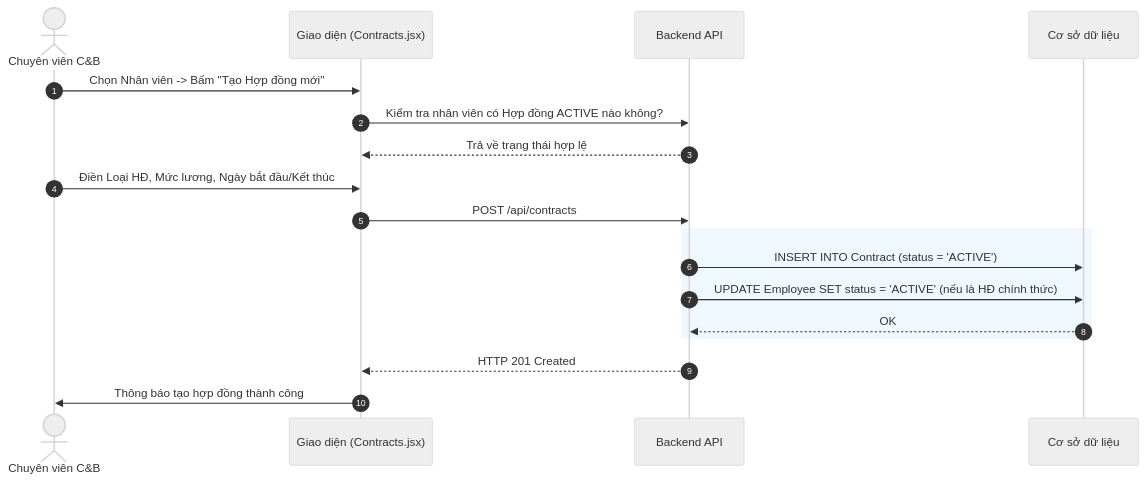
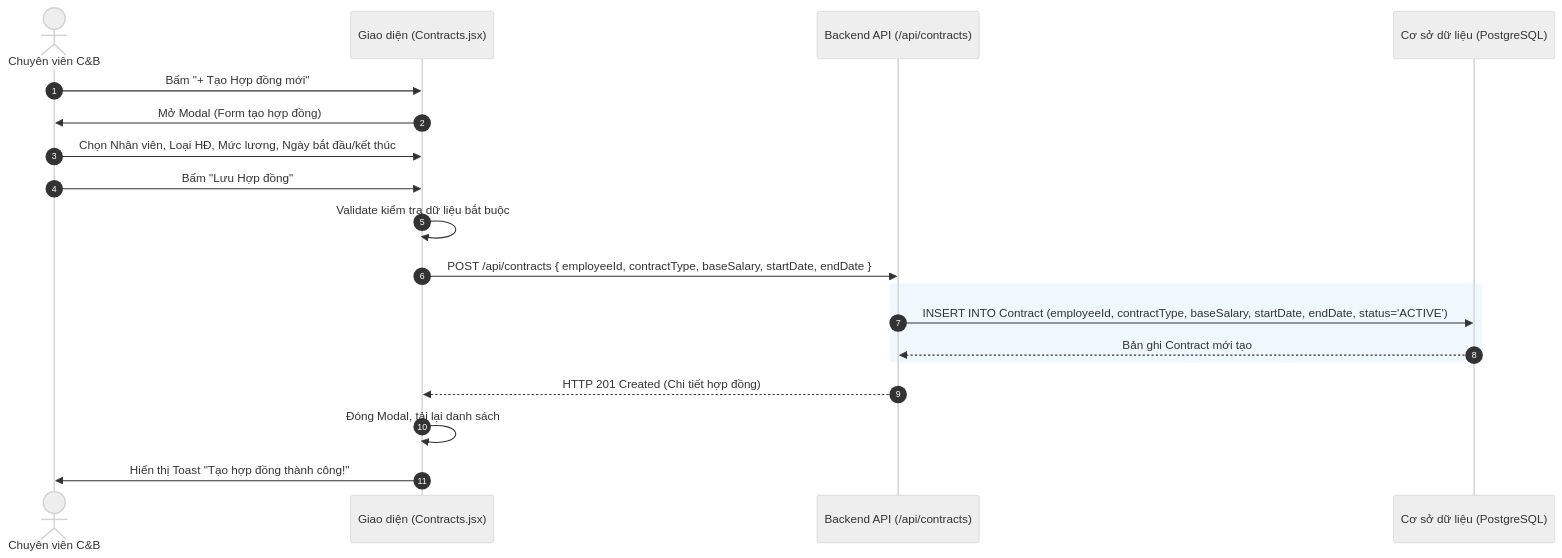
Before and after one commit to aye2710/HRM-DATN: the sixth of 7 diagrams in docs/Tài liệu phân tích nghiệp vụ từng module/Module Core HR/Chuc-nang-Hop-dong.md, drawn with Mermaid (neutral theme). The commit also changed other lines of this file and 27 other files, not shown here.

````diff
--- a/docs/Tài liệu phân tích nghiệp vụ từng module/Module Core HR/Chuc-nang-Hop-dong.md
+++ b/docs/Tài liệu phân tích nghiệp vụ từng module/Module Core HR/Chuc-nang-Hop-dong.md
@@ -14,24 +229,25 @@
 ```mermaid
 sequenceDiagram
     autonumber
     actor CB as Chuyên viên C&B
     participant FE as Giao diện (Contracts.jsx)
-    participant BE as Backend API
-    participant DB as Cơ sở dữ liệu
+    participant BE as Backend API (/api/contracts)
+    participant DB as Cơ sở dữ liệu (PostgreSQL)
 
-    CB->>FE: Chọn Nhân viên -> Bấm "Tạo Hợp đồng mới"
-    FE->>BE: Kiểm tra nhân viên có Hợp đồng ACTIVE nào không?
-    BE-->>FE: Trả về trạng thái hợp lệ
+    CB->>FE: Bấm "+ Tạo Hợp đồng mới"
+    FE->>CB: Mở Modal (Form tạo hợp đồng)
+    CB->>FE: Chọn Nhân viên, Loại HĐ, Mức lương, Ngày bắt đầu/kết thúc
+    CB->>FE: Bấm "Lưu Hợp đồng"
     
-    CB->>FE: Điền Loại HĐ, Mức lương, Ngày bắt đầu/Kết thúc
-    FE->>BE: POST /api/contracts
+    FE->>FE: Validate kiểm tra dữ liệu bắt buộc
+    FE->>BE: POST /api/contracts { employeeId, contractType, baseSalary, startDate, endDate }
     
     rect rgb(240, 248, 255)
-        BE->>DB: INSERT INTO Contract (status = 'ACTIVE')
-        BE->>DB: UPDATE Employee SET status = 'ACTIVE' (nếu là HĐ chính thức)
-        DB-->>BE: OK
+        BE->>DB: INSERT INTO Contract (employeeId, contractType, baseSalary, startDate, endDate, status='ACTIVE')
+        DB-->>BE: Bản ghi Contract mới tạo
     end
     
-    BE-->>FE: HTTP 201 Created
-    FE->>CB: Thông báo tạo hợp đồng thành công
+    BE-->>FE: HTTP 201 Created (Chi tiết hợp đồng)
+    FE->>FE: Đóng Modal, tải lại danh sách
+    FE->>CB: Hiển thị Toast "Tạo hợp đồng thành công!"
 ```
````
